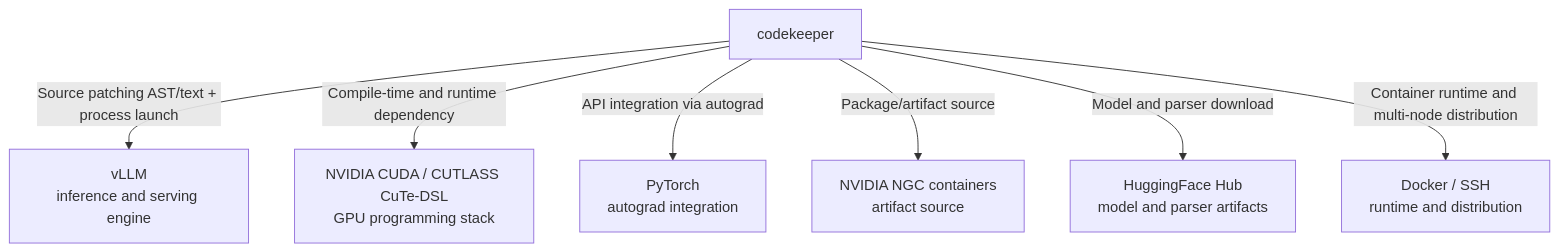
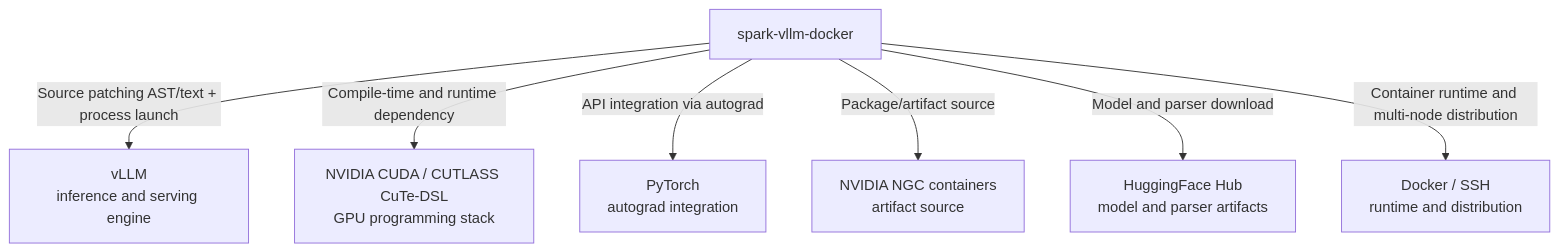
Before and after one commit to jpfulton-fultonengineeringservices/spark-vllm-docker: the second of 15 diagrams in deepwiki-rs-docs/2.Architecture.md, drawn with Mermaid. The commit also changed other lines of this file and 13 other files, not shown here.

First line of the commit message:
Refactor project references from `codekeeper` to `spark-vllm-docker`

````diff
--- a/deepwiki-rs-docs/2.Architecture.md
+++ b/deepwiki-rs-docs/2.Architecture.md
@@ -88,17 +88,17 @@
 ```mermaid
 graph TB
-    Codekeeper["codekeeper"]
+    spark-vllm-docker["spark-vllm-docker"]
     VLLM["vLLM<br/>inference and serving engine"]
     CUDA["NVIDIA CUDA / CUTLASS CuTe-DSL<br/>GPU programming stack"]
     Torch["PyTorch<br/>autograd integration"]
     NGC["NVIDIA NGC containers<br/>artifact source"]
     HF["HuggingFace Hub<br/>model and parser artifacts"]
     DockerSSH["Docker / SSH<br/>runtime and distribution"]
 
-    Codekeeper -->|"Source patching AST/text + process launch"| VLLM
-    Codekeeper -->|"Compile-time and runtime dependency"| CUDA
-    Codekeeper -->|"API integration via autograd"| Torch
-    Codekeeper -->|"Package/artifact source"| NGC
-    Codekeeper -->|"Model and parser download"| HF
-    Codekeeper -->|"Container runtime and multi-node distribution"| DockerSSH
+    spark-vllm-docker -->|"Source patching AST/text + process launch"| VLLM
+    spark-vllm-docker -->|"Compile-time and runtime dependency"| CUDA
+    spark-vllm-docker -->|"API integration via autograd"| Torch
+    spark-vllm-docker -->|"Package/artifact source"| NGC
+    spark-vllm-docker -->|"Model and parser download"| HF
+    spark-vllm-docker -->|"Container runtime and multi-node distribution"| DockerSSH
 ```
````
